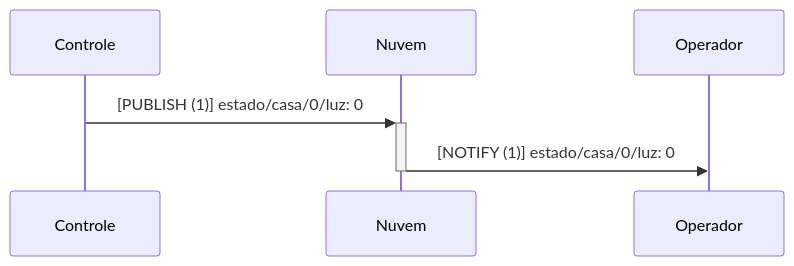
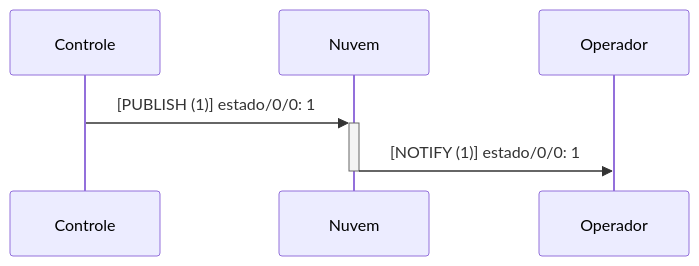
Before and after one commit to ederson-torresini/itl20231: the fifth of 5 diagrams in projeto-da-disciplina.md, drawn with Mermaid. The commit also changed other lines of this file and 6 other files, not shown here.

````diff
--- a/projeto-da-disciplina.md
+++ b/projeto-da-disciplina.md
@@ -121,5 +110,5 @@
 ```mermaid
 sequenceDiagram
-Controle ->>+ Nuvem: [PUBLISH (1)] estado/casa/0/luz: 0
-Nuvem ->>- Operador: [NOTIFY (1)] estado/casa/0/luz: 0
+Controle ->>+ Nuvem: [PUBLISH (1)] estado/0/0: 1
+Nuvem ->>- Operador: [NOTIFY (1)] estado/0/0: 1
 ```
````
